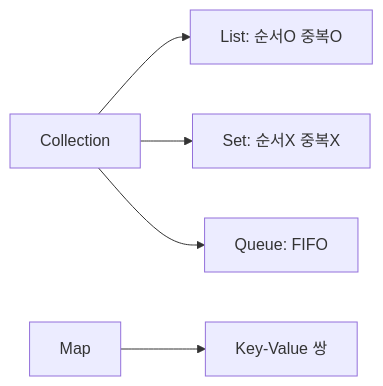
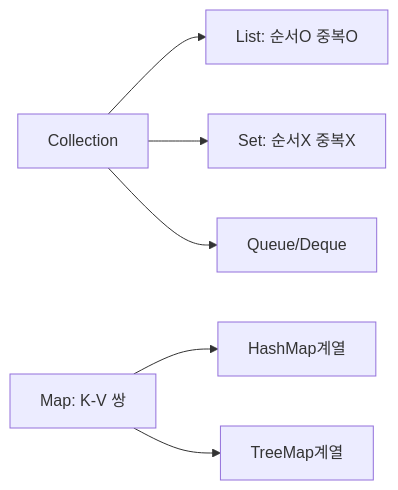
The first of 6 diagrams in _posts/java/2026-05-01-java-collections.md (yjkim2015/yjkim2015.github.io), drawn with Mermaid before and after one commit. The commit also changed other lines of this file and 4 other files, not shown here.

````diff
--- a/_posts/java/2026-05-01-java-collections.md
+++ b/_posts/java/2026-05-01-java-collections.md
@@ -22,7 +20,8 @@
 ```mermaid
 graph LR
     COL["Collection"] --> LIST["List: 순서O 중복O"]
     COL --> SET["Set: 순서X 중복X"]
-    COL --> QUEUE["Queue: FIFO"]
-    MAP["Map"] --> KV["Key-Value 쌍"]
+    COL --> QUE["Queue/Deque"]
+    MAP["Map: K-V 쌍"] --> HM["HashMap계열"]
+    MAP --> TM["TreeMap계열"]
 ```
````
